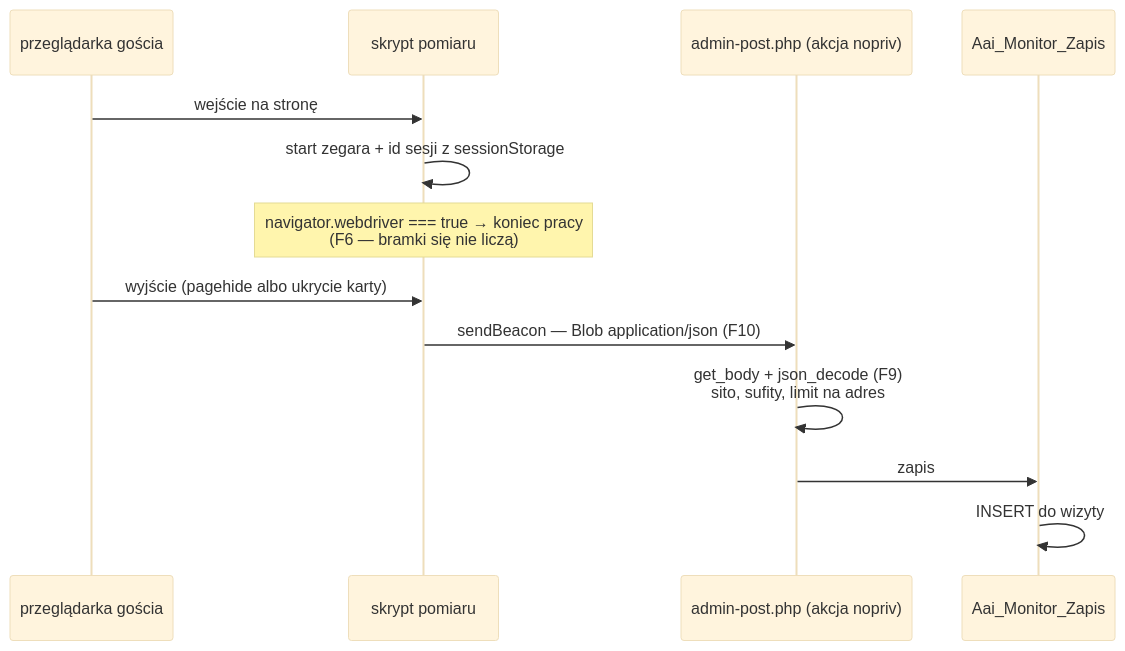
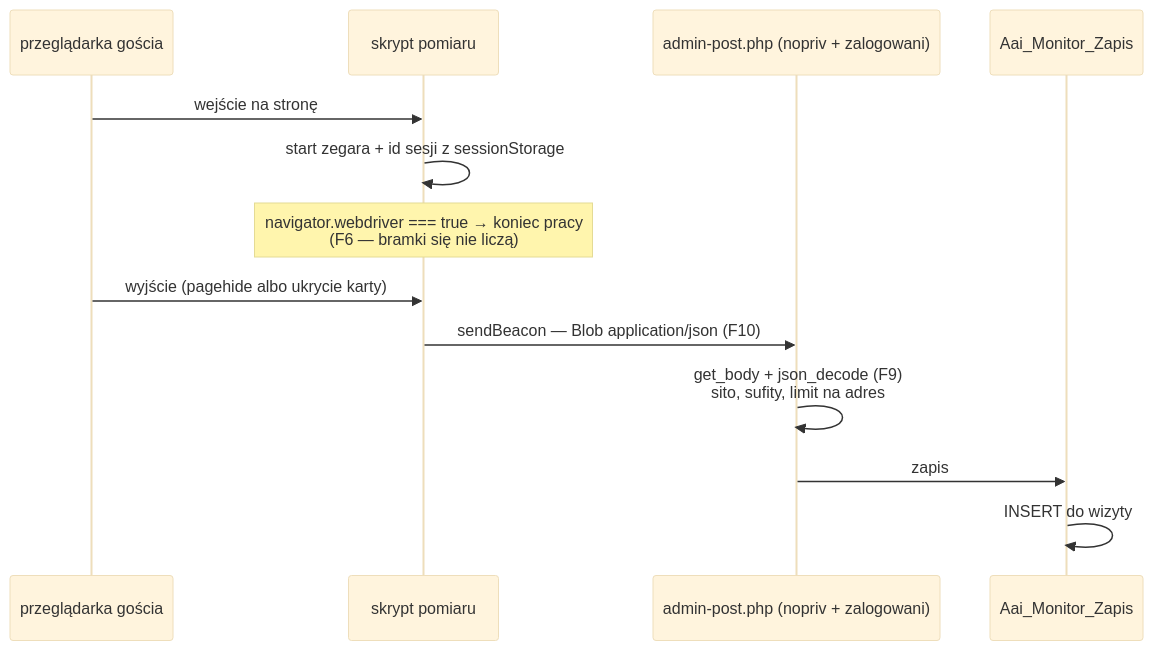
The fourth of 4 diagrams in docs/plugin-3/DIAGRAM.md (krzysiek2115op/aai-platforma-szkolen), drawn with Mermaid (base theme) before and after one commit. The commit also changed other lines of this file and 2 other files, not shown here.

````diff
--- a/docs/plugin-3/DIAGRAM.md
+++ b/docs/plugin-3/DIAGRAM.md
@@ -325,16 +350,16 @@
 ```mermaid
 sequenceDiagram
     participant P as przeglądarka gościa
     participant S as skrypt pomiaru
-    participant R as admin-post.php (akcja nopriv)
+    participant R as admin-post.php (nopriv + zalogowani)
     participant Z as Aai_Monitor_Zapis
 
     P->>S: wejście na stronę
     S->>S: start zegara + id sesji z sessionStorage
     Note over S: navigator.webdriver === true → koniec pracy<br/>(F6 — bramki się nie liczą)
     P->>S: wyjście (pagehide albo ukrycie karty)
     S->>R: sendBeacon — Blob application/json (F10)
     R->>R: get_body + json_decode (F9)<br/>sito, sufity, limit na adres
     R->>Z: zapis
     Z->>Z: INSERT do wizyty
 ```
````
